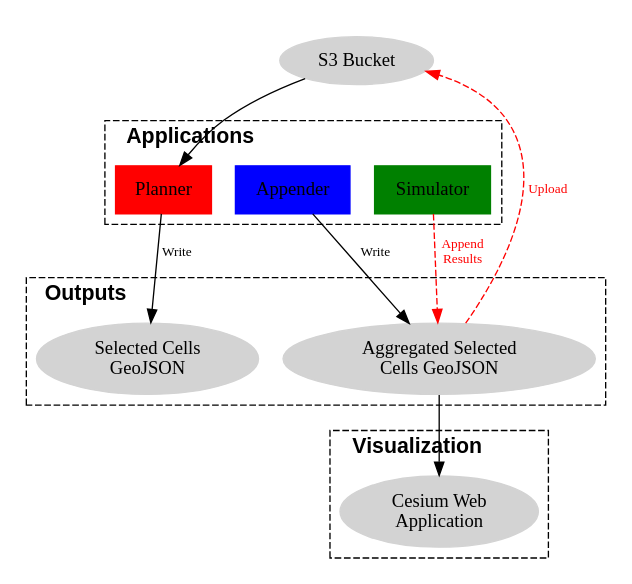
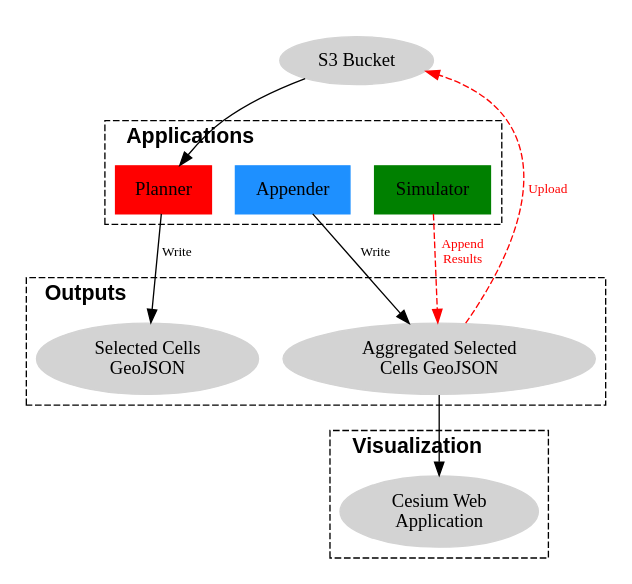
Before and after one commit to code-lab-org/sos: the diagram in docs/workflow.dot, drawn with Graphviz.

Commit message:
change blue

```diff
--- a/docs/workflow.dot
+++ b/docs/workflow.dot
@@ -1,42 +1,42 @@
 digraph workflow {
     subgraph cluster0 {
         style=invis;
         s3 [label="S3 Bucket", shape=oval, style=filled,color=lightgrey];
     }
     subgraph cluster1 {
         style=dashed;
         label="Applications";
         labeljust="l";
         fontsize=16;
         fontname="Helvetica-Bold";
         
         planner [label="Planner", shape=rect, style=filled, color=red];
-        appender [label="Appender", shape=rect, style=filled, color=blue];
+        appender [label="Appender", shape=rect, style=filled, color=dodgerblue];
         simulator [label="Simulator", shape=rect, style=filled, color=green];
     }
     subgraph cluster2 {
         style=dashed;
         label="Outputs";
         labeljust="l";
         fontsize=16;
         fontname="Helvetica-Bold";
         sc_geojson [label="Selected Cells\nGeoJSON", shape=oval, style=filled, color=lightgrey];
         ag_geojson [label="Aggregated Selected\nCells GeoJSON", shape=oval, style=filled, color=lightgrey];
     }
     subgraph cluster3 {
         style=dashed;
         label="Visualization";
         labeljust="l";
         fontsize=16;
         fontname="Helvetica-Bold";
         cesium [label="Cesium Web\nApplication", shape=oval, style=filled, color=lightgrey];
     }
     s3 -> planner;
     s3 -> appender [style=invis];
     s3 -> simulator [style=invis];
     planner -> sc_geojson [label="Write", fontcolor=black, fontsize=10, color=black];
     appender -> ag_geojson [label="Write", fontcolor=black, fontsize=10, color=black];
     simulator -> ag_geojson [label="Append\nResults", fontcolor=red, fontsize=10, style=dashed, color=red];
     ag_geojson -> s3 [label="Upload", fontcolor=red, fontsize=10, style=dashed, color=red]
     ag_geojson -> cesium
 }
```
